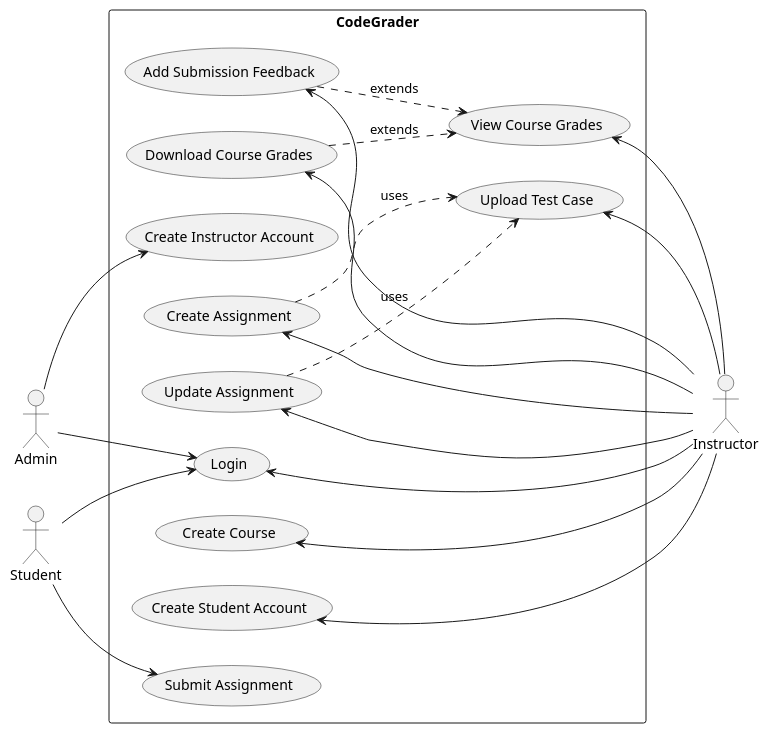
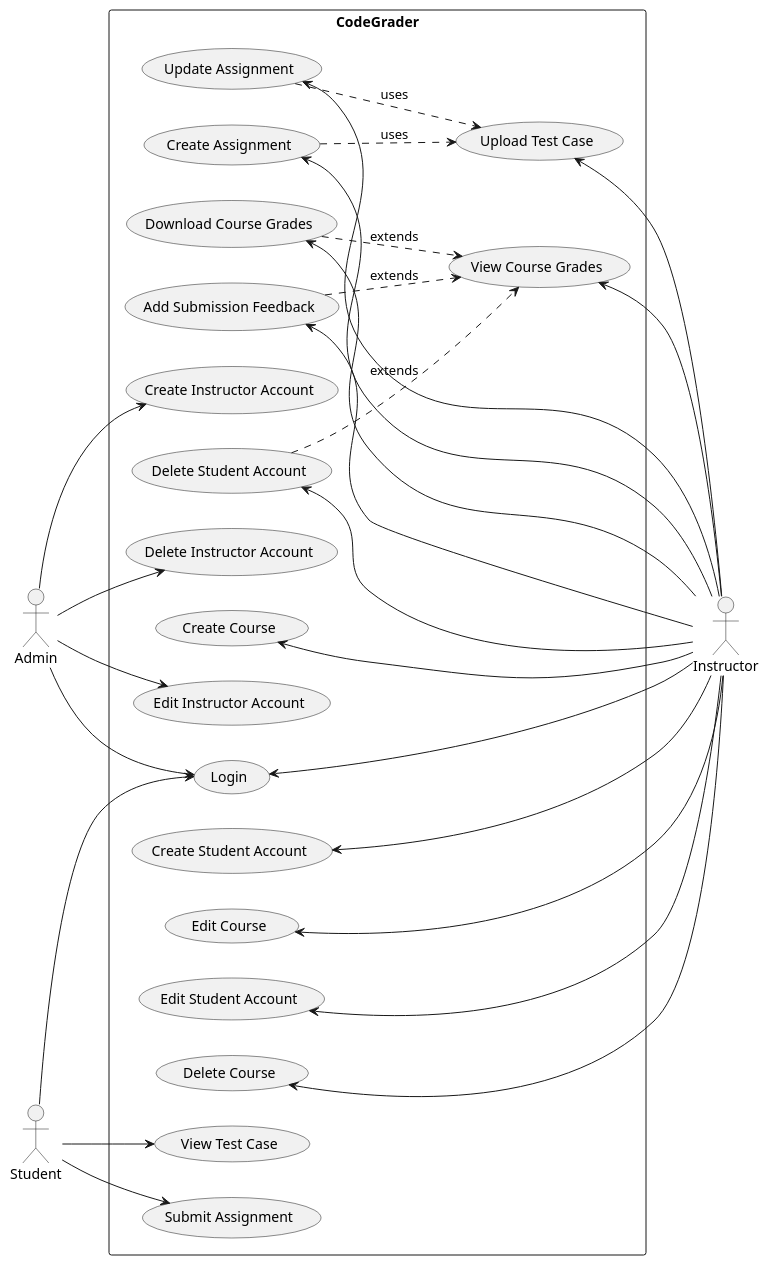
The diagram in docs/srs/diagrams.puml (LittleTealeaf/SER-340-Project), drawn with PlantUML before and after one commit. The commit also changed 14 other files, not shown here.

```diff
--- a/docs/srs/diagrams.puml
+++ b/docs/srs/diagrams.puml
@@ -1,54 +1,72 @@
 @startuml Use Case Diagram
 skinparam packageStyle rectangle
 left to right direction
 
 :Admin:
 :Instructor:
 :Student:
 
 
 rectangle CodeGrader {
 
-  (Login)
+  (Upload Test Case)
+  (Update Assignment)
+  (Create Assignment)
+  (View Course Grades)
+  (Download Course Grades)
   (Add Submission Feedback)
-  (Download Course Grades)
   (Create Instructor Account)
   (Create Course)
+  (Delete Instructor Account)
+  (Login)
+  (Edit Instructor Account)
   (Create Student Account)
-  (Upload Test Case)
-  (Create Assignment)
-  (Update Assignment)
+  (Edit Course)
+  (Edit Student Account)
+  (Delete Student Account)
+  (Delete Course)
   (Submit Assignment)
-  (View Course Grades)
+  (View Test Case)
+
+
 
 
   (Download Course Grades) ..> (View Course Grades) : extends
 
   (Add Submission Feedback) ..> (View Course Grades) : extends
+
+  (Delete Student Account) ..> (View Course Grades) : extends
 
   (Create Assignment) ..> (Upload Test Case) : uses
   (Update Assignment) ..> (Upload Test Case) : uses
 
 }
 
 
 
 :Admin: --> (Login)
 :Admin: --> (Create Instructor Account)
+:Admin: --> (Delete Instructor Account)
+:Admin: --> (Edit Instructor Account)
 
 (Login) <-- :Instructor:
 (Create Course) <-- :Instructor:
 (Create Student Account) <-- :Instructor:
 (Upload Test Case) <-- :Instructor:
 (Create Assignment) <-- :Instructor:
 (Update Assignment) <-- :Instructor:
 (View Course Grades) <-- :Instructor:
 (Download Course Grades) <-- :Instructor:
 (Add Submission Feedback) <-- :Instructor:
+(Edit Course) <-- :Instructor:
+(Delete Course) <-- :Instructor:
+(Delete Student Account) <-- :Instructor:
+(Edit Student Account) <-- :Instructor:
 
 :Student: --> (Login)
 :Student: --> (Submit Assignment)
+:Student: --> (View Test Case)
 
 
 
 @enduml
```
